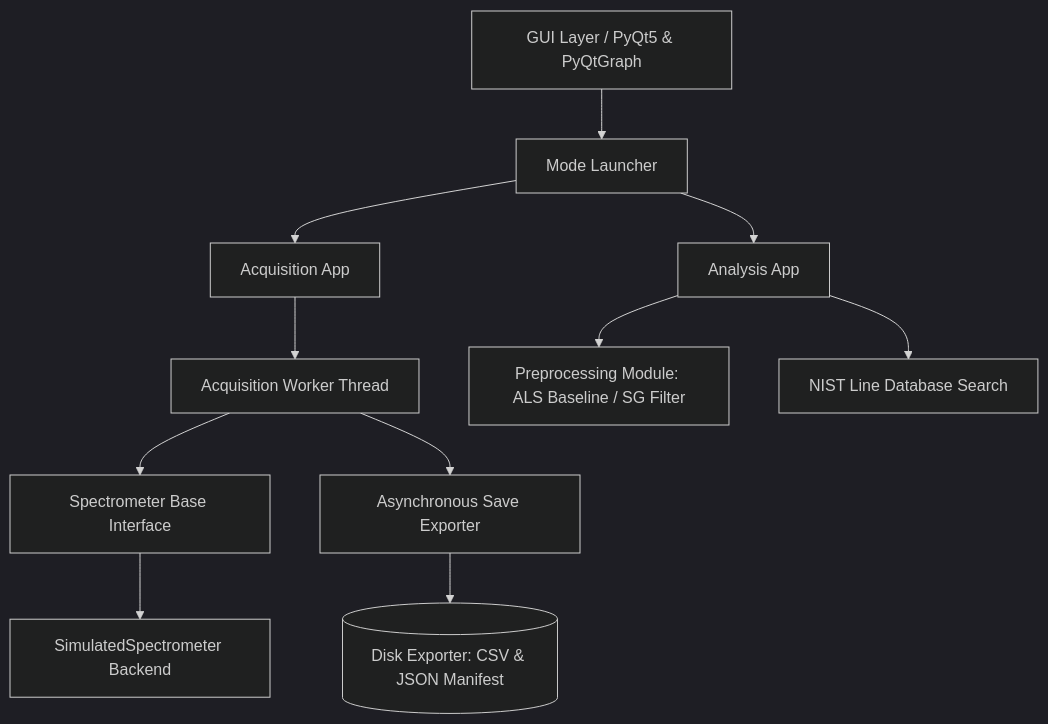
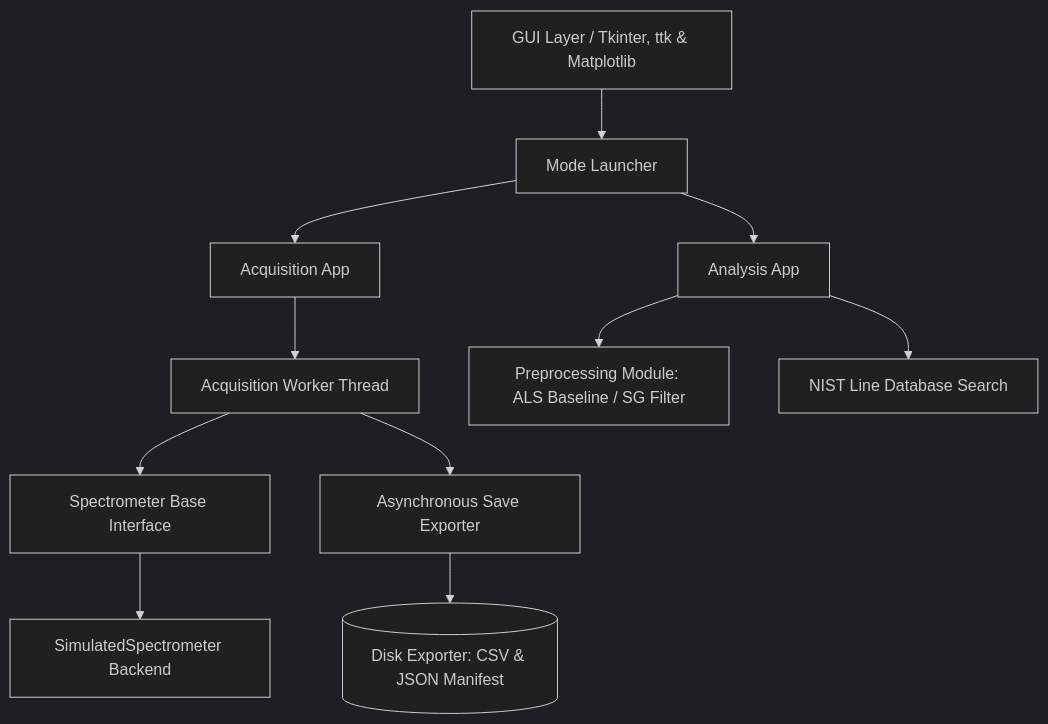
Before and after one commit to aleponce4/LIBS-Data-Analysis: the diagram in README.md, drawn with Mermaid (dark theme). The commit also changed other lines of this file and 4 other files, not shown here.

````diff
--- a/README.md
+++ b/README.md
@@ -62,16 +65,16 @@
 ```mermaid
 flowchart TD
-    UI[GUI Layer / PyQt5 & PyQtGraph] --> Launcher[Mode Launcher]
+    UI[GUI Layer / Tkinter, ttk & Matplotlib] --> Launcher[Mode Launcher]
     Launcher --> Analysis[Analysis App]
     Launcher --> Acquisition[Acquisition App]
     
     Acquisition --> Worker[Acquisition Worker Thread]
     Worker --> DevBase[Spectrometer Base Interface]
     DevBase --> SimDev[SimulatedSpectrometer Backend]
     
     Worker --> Writer[Asynchronous Save Exporter]
     Writer --> Storage[(Disk Exporter: CSV & JSON Manifest)]
     
     Analysis --> Preproc[Preprocessing Module: ALS Baseline / SG Filter]
     Analysis --> NIST[NIST Line Database Search]
 ```
````
